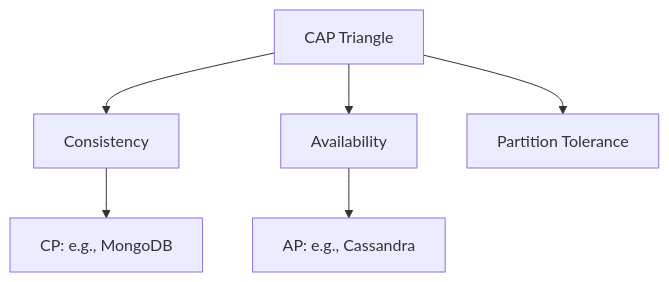
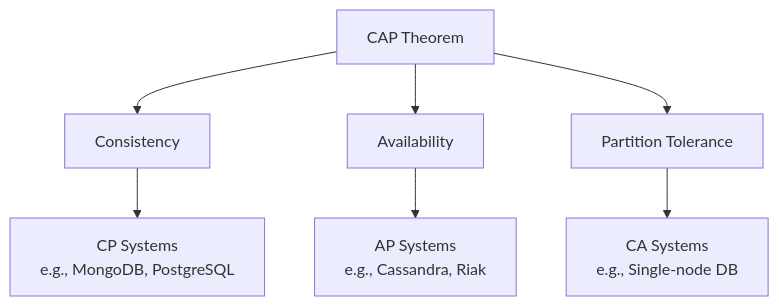
The second of 2 diagrams in cap-theorem-and-distributed-systems/README.md (VrushankPatel/interview-matters), drawn with Mermaid before and after one commit. The commit also changed other lines of this file and 5 other files, not shown here.

Commit message:
kb: update topics System Design Basics, CAP Theorem & Distributed Systems, Collections & Data Structures, Concurrency & Parallelism, DevOps & Infrastructure as Code

````diff
--- a/cap-theorem-and-distributed-systems/README.md
+++ b/cap-theorem-and-distributed-systems/README.md
@@ -38,9 +112,10 @@
 ```mermaid
 graph TD
-    A[CAP Triangle]
+    A[CAP Theorem]
     A --> B[Consistency]
     A --> C[Availability]
     A --> D[Partition Tolerance]
-    B --> E[CP: e.g., MongoDB]
-    C --> F[AP: e.g., Cassandra]
+    B --> E[CP Systems<br/>e.g., MongoDB, PostgreSQL]
+    C --> F[AP Systems<br/>e.g., Cassandra, Riak]
+    D --> G[CA Systems<br/>e.g., Single-node DB]
 ```
````
